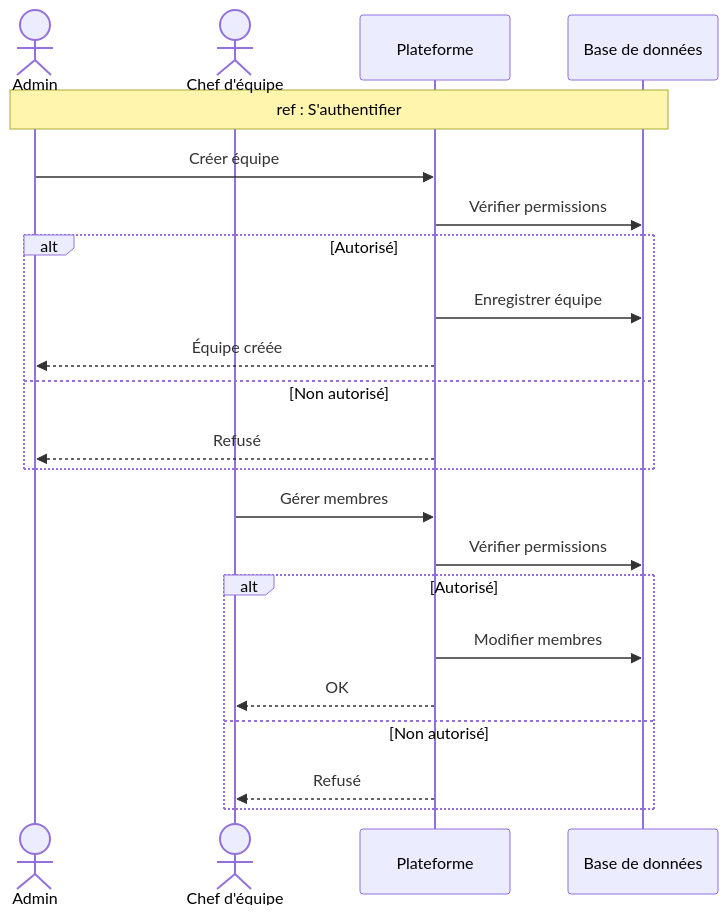
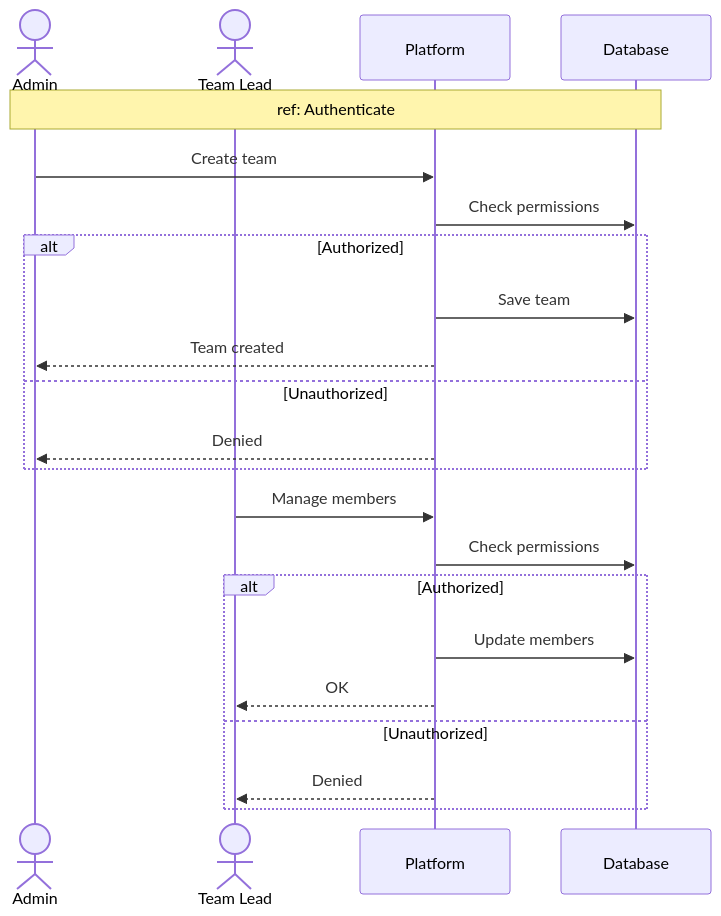
Before and after one commit to MohamedChebbi123/teamnest: the eighth of 16 diagrams in docs/SEQUENCE_DIAGRAMS.md, drawn with Mermaid. The commit also changed other lines of this file, not shown here.

````diff
--- a/docs/SEQUENCE_DIAGRAMS.md
+++ b/docs/SEQUENCE_DIAGRAMS.md
@@ -241,27 +244,27 @@
 ```mermaid
 sequenceDiagram
     actor Admin
-    actor Lead as Chef d'équipe
-    participant API as Plateforme
-    participant DB as Base de données
+    actor Lead as Team Lead
+    participant API as Platform
+    participant DB as Database
 
-    Note over Admin,DB: ref : S'authentifier
+    Note over Admin,DB: ref: Authenticate
 
-    Admin->>API: Créer équipe
-    API->>DB: Vérifier permissions
-    alt Autorisé
-        API->>DB: Enregistrer équipe
-        API-->>Admin: Équipe créée
-    else Non autorisé
-        API-->>Admin: Refusé
+    Admin->>API: Create team
+    API->>DB: Check permissions
+    alt Authorized
+        API->>DB: Save team
+        API-->>Admin: Team created
+    else Unauthorized
+        API-->>Admin: Denied
     end
 
-    Lead->>API: Gérer membres
-    API->>DB: Vérifier permissions
-    alt Autorisé
-        API->>DB: Modifier membres
+    Lead->>API: Manage members
+    API->>DB: Check permissions
+    alt Authorized
+        API->>DB: Update members
         API-->>Lead: OK
-    else Non autorisé
-        API-->>Lead: Refusé
+    else Unauthorized
+        API-->>Lead: Denied
     end
 ```
````
